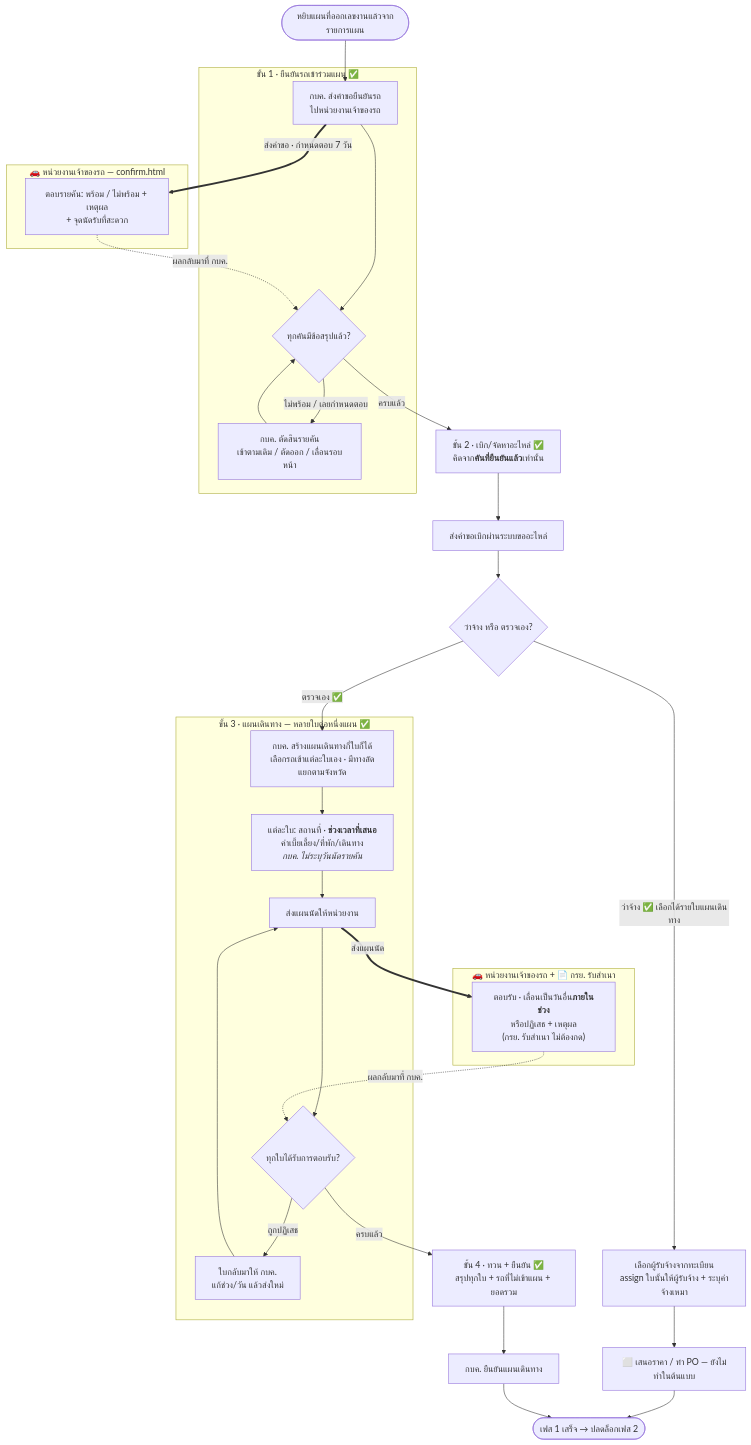
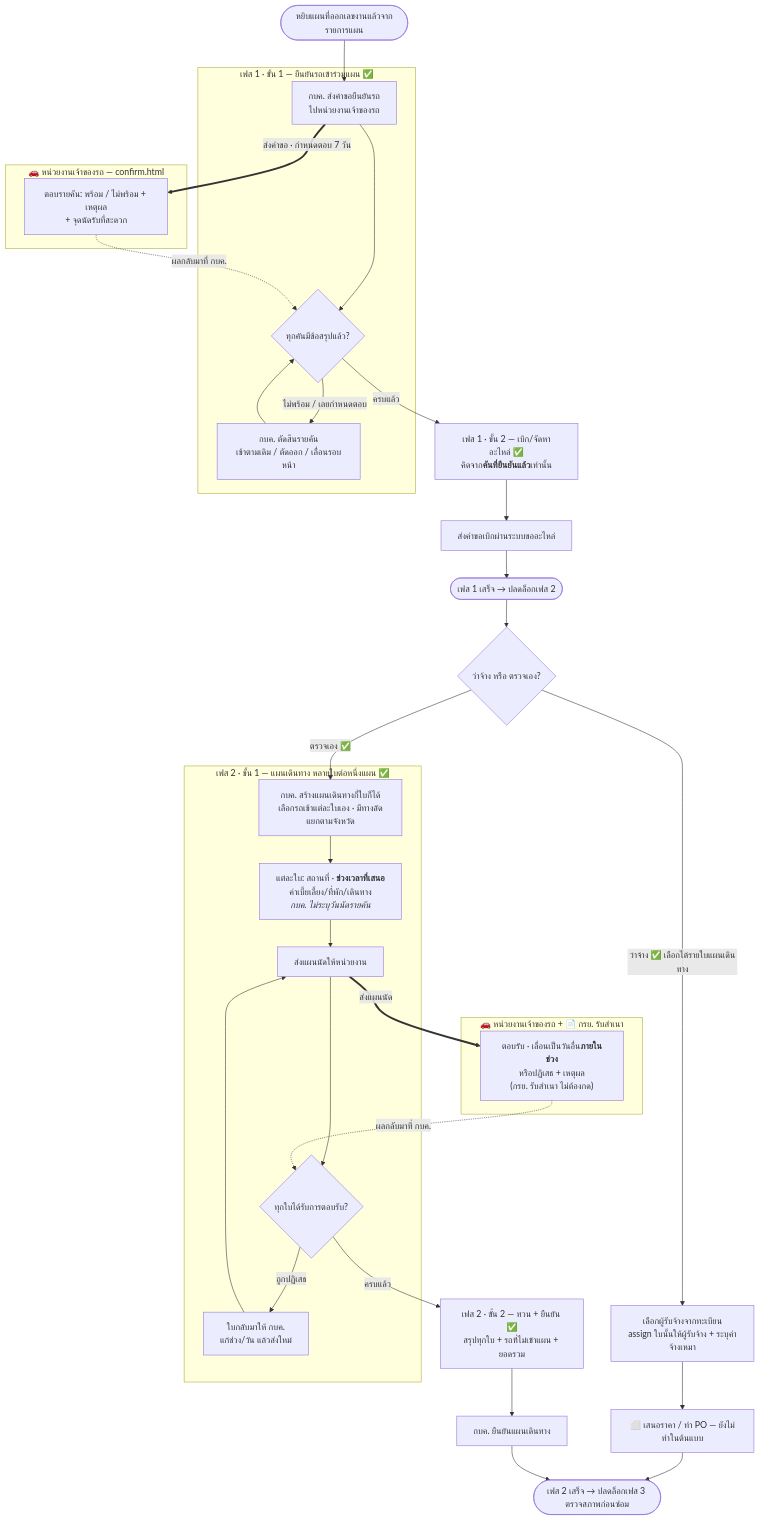
One commit to anugmail/Maintenance-Request-Form changed the diagram in Diagram/01-บำรุงรักษาตามวาระ/02-เฟส1-ยืนยันรถ-เบิกจัดหา-แผนเดินทาง.md. Above: the diagram before and after it, drawn with Mermaid. The commit also changed other lines of this file and 18 other files, not shown here.

Commit message:
feat: ปรับการแสดงขั้นตอนของ flow บำรุงรักษา โดยทุกอย่างยังทำงานเหมือนเดิม

````diff
--- a/Diagram/01-บำรุงรักษาตามวาระ/02-เฟส1-ยืนยันรถ-เบิกจัดหา-แผนเดินทาง.md
+++ b/Diagram/01-บำรุงรักษาตามวาระ/02-เฟส1-ยืนยันรถ-เบิกจัดหา-แผนเดินทาง.md
@@ -22,44 +33,45 @@
 ```mermaid
 flowchart TB
     S(["หยิบแผนที่ออกเลขงานแล้วจากรายการแผน"]) --> V1[กบค. ส่งคำขอยืนยันรถ<br/>ไปหน่วยงานเจ้าของรถ]
 
-    subgraph CONF["ขั้น 1 · ยืนยันรถเข้าร่วมแผน ✅"]
+    subgraph CONF["เฟส 1 · ขั้น 1 — ยืนยันรถเข้าร่วมแผน ✅"]
         V1 --> V2{ทุกคันมีข้อสรุปแล้ว?}
         V2 -->|"ไม่พร้อม / เลยกำหนดตอบ"| V3["กบค. ตัดสินรายคัน<br/>เข้าตามเดิม / ตัดออก / เลื่อนรอบหน้า"]
         V3 --> V2
     end
 
     subgraph SRC1["🚗 หน่วยงานเจ้าของรถ — confirm.html"]
         R1["ตอบรายคัน: พร้อม / ไม่พร้อม + เหตุผล<br/>+ จุดนัดรับที่สะดวก"]
     end
 
     V1 ==>|"ส่งคำขอ · กำหนดตอบ 7 วัน"| R1
     R1 -.->|"ผลกลับมาที่ กบค."| V2
 
-    V2 -->|ครบแล้ว| P1[ขั้น 2 · เบิก/จัดหาอะไหล่ ✅<br/>คิดจาก<b>คันที่ยืนยันแล้ว</b>เท่านั้น]
+    V2 -->|ครบแล้ว| P1[เฟส 1 · ขั้น 2 — เบิก/จัดหาอะไหล่ ✅<br/>คิดจาก<b>คันที่ยืนยันแล้ว</b>เท่านั้น]
     P1 --> P2[ส่งคำขอเบิกผ่านระบบขออะไหล่]
+    P2 --> PE([เฟส 1 เสร็จ → ปลดล็อกเฟส 2])
 
-    P2 --> D{ว่าจ้าง หรือ ตรวจเอง?}
+    PE --> D{ว่าจ้าง หรือ ตรวจเอง?}
     D -->|"ว่าจ้าง ✅ เลือกได้รายใบแผนเดินทาง"| A1["เลือกผู้รับจ้างจากทะเบียน<br/>assign ใบนั้นให้ผู้รับจ้าง + ระบุค่าจ้างเหมา"] --> A3["⬜ เสนอราคา / ทำ PO — ยังไม่ทำในต้นแบบ"] --> E
 
     D -->|"ตรวจเอง ✅"| T1
 
-    subgraph TRIP["ขั้น 3 · แผนเดินทาง — หลายใบต่อหนึ่งแผน ✅"]
+    subgraph TRIP["เฟส 2 · ขั้น 1 — แผนเดินทาง หลายใบต่อหนึ่งแผน ✅"]
         T1[กบค. สร้างแผนเดินทางกี่ใบก็ได้<br/>เลือกรถเข้าแต่ละใบเอง · มีทางลัดแยกตามจังหวัด]
         T1 --> T2[แต่ละใบ: สถานที่ · <b>ช่วงเวลาที่เสนอ</b><br/>ค่าเบี้ยเลี้ยง/ที่พัก/เดินทาง<br/><i>กบค. ไม่ระบุวันนัดรายคัน</i>]
         T2 --> T3[ส่งแผนนัดให้หน่วยงาน]
         T3 --> T4{ทุกใบได้รับการตอบรับ?}
         T4 -->|"ถูกปฏิเสธ"| T5[ใบกลับมาให้ กบค.<br/>แก้ช่วง/วัน แล้วส่งใหม่] --> T3
     end
 
     subgraph SRC2["🚗 หน่วยงานเจ้าของรถ + 📄 กรย. รับสำเนา"]
         R2["ตอบรับ · เลื่อนเป็นวันอื่น<b>ภายในช่วง</b><br/>หรือปฏิเสธ + เหตุผล<br/>(กรย. รับสำเนา ไม่ต้องกด)"]
     end
 
     T3 ==>|"ส่งแผนนัด"| R2
     R2 -.->|"ผลกลับมาที่ กบค."| T4
 
-    T4 -->|ครบแล้ว| C1[ขั้น 4 · ทวน + ยืนยัน ✅<br/>สรุปทุกใบ + รถที่ไม่เข้าแผน + ยอดรวม]
+    T4 -->|ครบแล้ว| C1[เฟส 2 · ขั้น 2 — ทวน + ยืนยัน ✅<br/>สรุปทุกใบ + รถที่ไม่เข้าแผน + ยอดรวม]
     C1 --> C2[กบค. ยืนยันแผนเดินทาง]
-    C2 --> E([เฟส 1 เสร็จ → ปลดล็อกเฟส 2])
+    C2 --> E([เฟส 2 เสร็จ → ปลดล็อกเฟส 3 ตรวจสภาพก่อนซ่อม])
 ```
````
